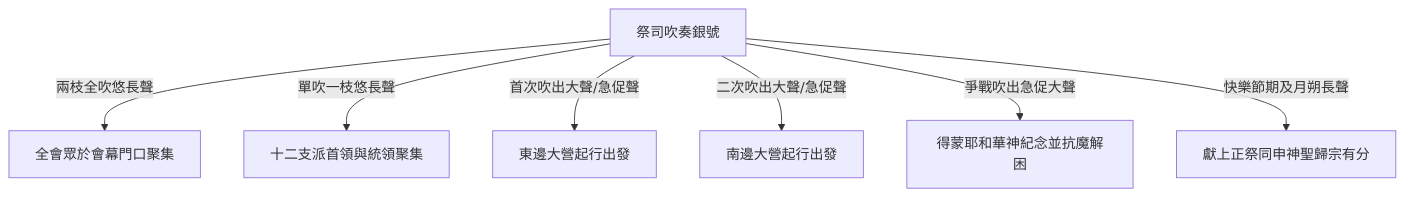
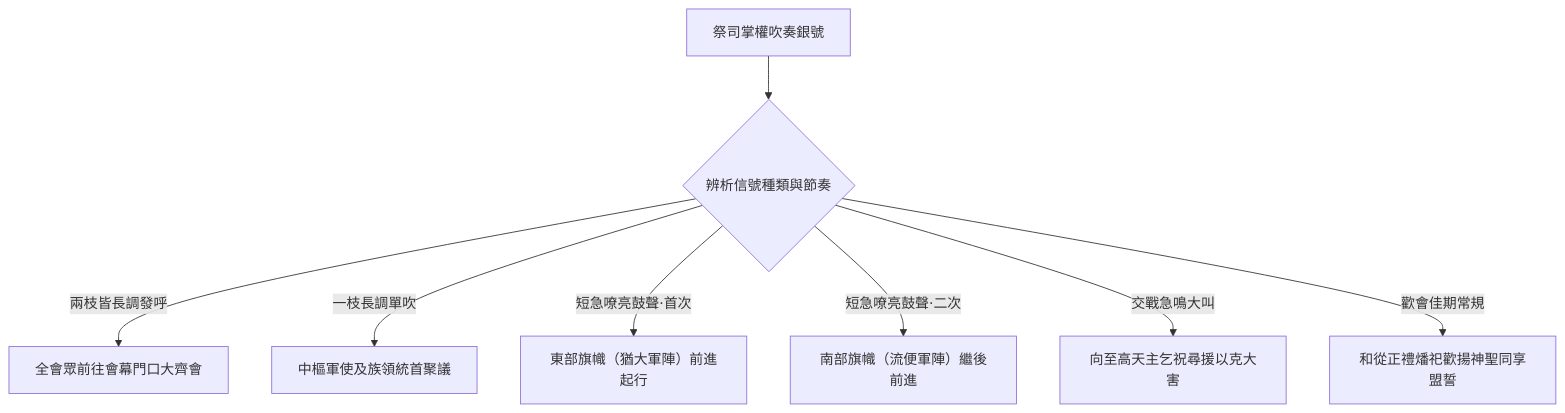
Before and after one commit to andyjr5566/Bible_wiki_zh: the first of 2 diagrams in 04 民數記/第10章.md, drawn with Mermaid. The commit also changed other lines of this file and 6 other files, not shown here.

````diff
--- a/04 民數記/第10章.md
+++ b/04 民數記/第10章.md
@@ -94,9 +94,10 @@
 ```mermaid
 flowchart TD
-    A["祭司吹奏銀號"] -->|兩枝全吹悠長聲| B["全會眾於會幕門口聚集"]
-    A -->|單吹一枝悠長聲| C["十二支派首領與統領聚集"]
-    A -->|首次吹出大聲/急促聲| D["東邊大營起行出發"]
-    A -->|二次吹出大聲/急促聲| E["南邊大營起行出發"]
-    A -->|爭戰吹出急促大聲| F["得蒙耶和華神紀念並抗魔解困"]
-    A -->|快樂節期及月朔長聲| G["獻上正祭同申神聖歸宗有分"]
+    A["祭司掌權吹奏銀號"] --> B{"辨析信號種類與節奏"}
+    B -->|兩枝皆長調發呼| C["全會眾前往會幕門口大齊會"]
+    B -->|一枝長調單吹| D["中樞軍使及族領統首聚議"]
+    B -->|短急嘹亮鼓聲·首次| E["東部旗幟（猶大軍陣）前進起行"]
+    B -->|短急嘹亮鼓聲·二次| F["南部旗幟（流便軍陣）繼後前進"]
+    B -->|交戰急鳴大叫| G["向至高天主乞祝尋援以克大害"]
+    B -->|歡會佳期常規| H["和從正禮燔祀歡揚神聖同享盟誓"]
 ```
````
